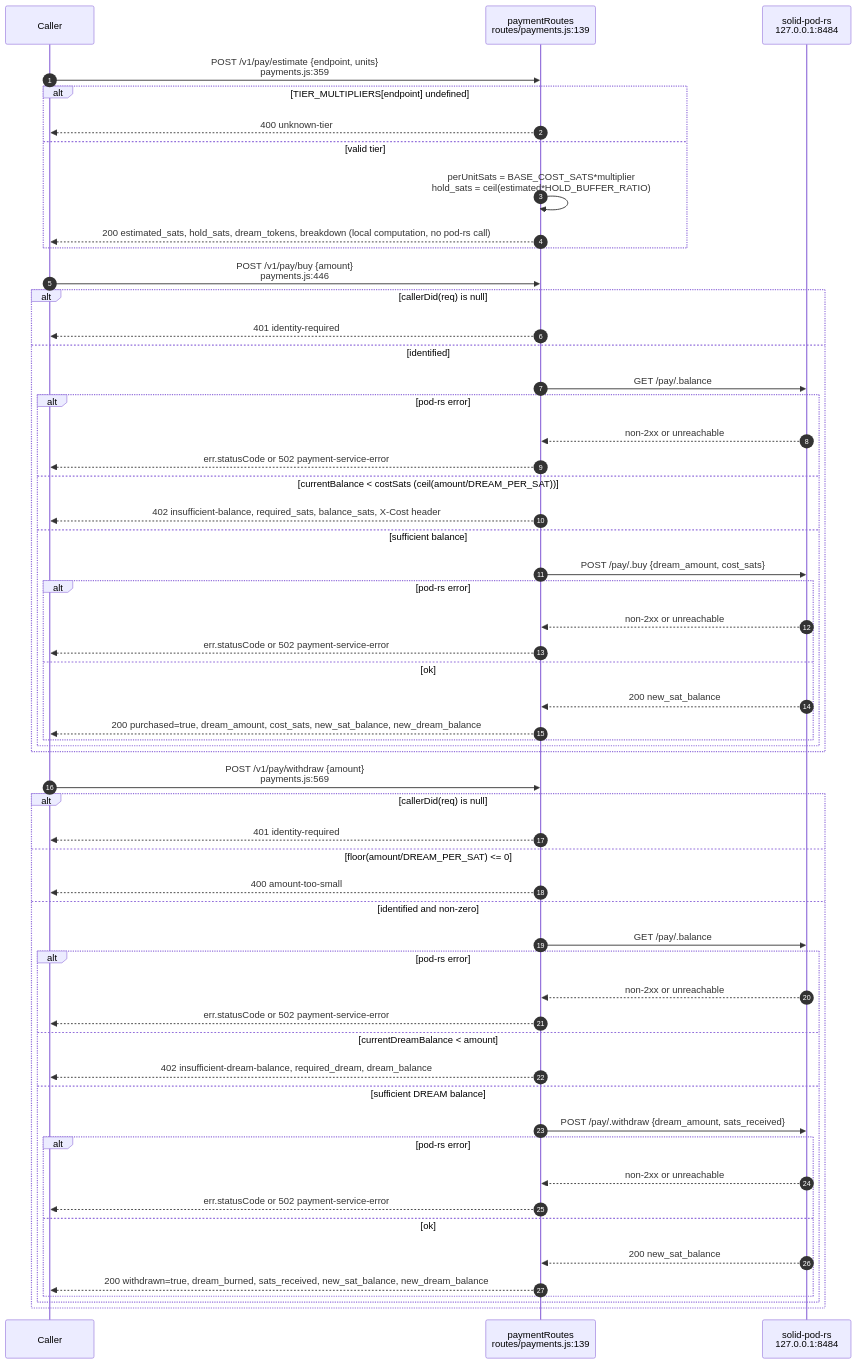
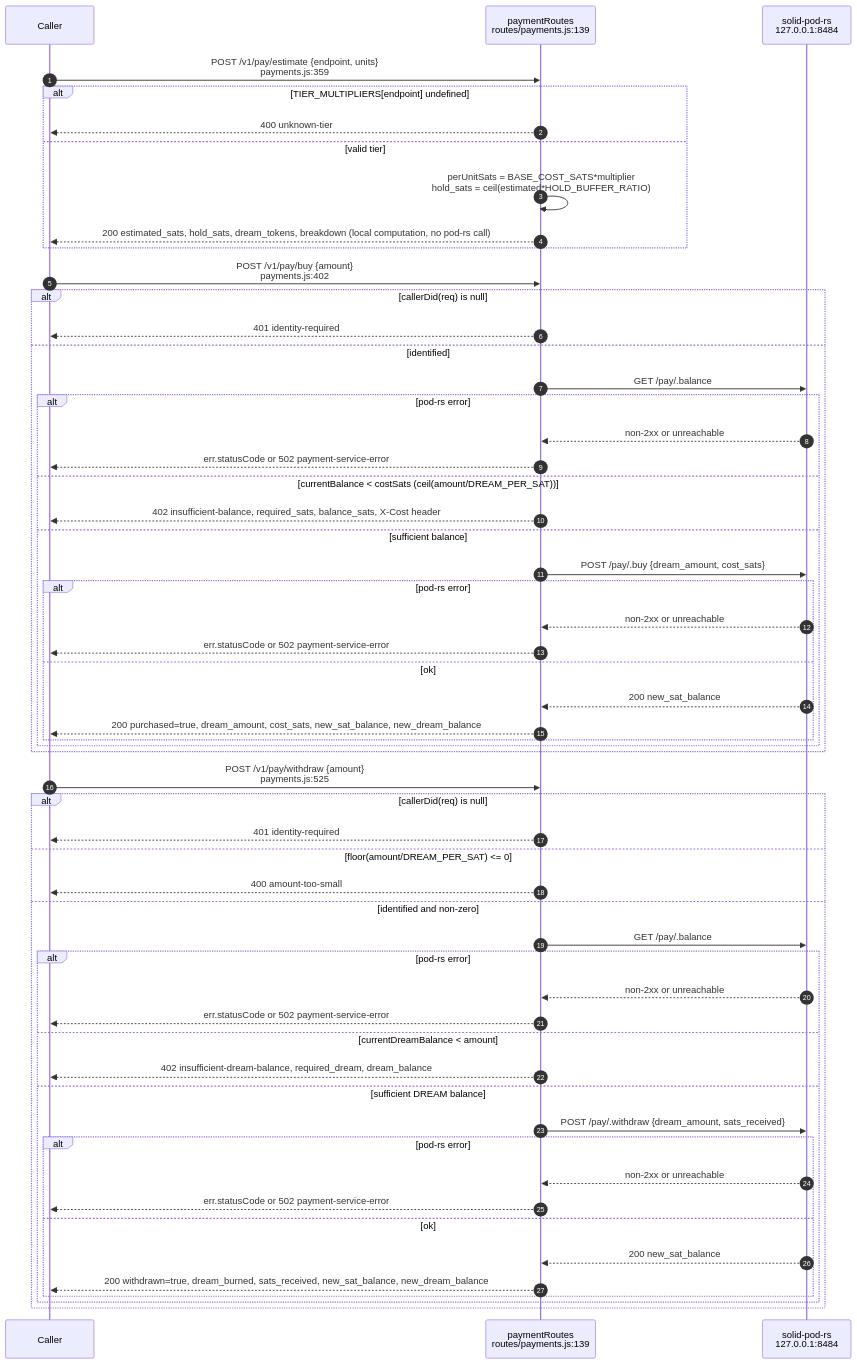
Before and after one commit to DreamLab-AI/VisionFlow: the eighth of 14 diagrams in docs/diagrams/agentbox/15-capability-gating-spend-consultants.md, drawn with Mermaid. The commit also changed other lines of this file and 111 other files, not shown here.

Commit message:
docs(diagrams): align estate maps with current source

````diff
--- a/docs/diagrams/agentbox/15-capability-gating-spend-consultants.md
+++ b/docs/diagrams/agentbox/15-capability-gating-spend-consultants.md
@@ -383,61 +383,61 @@
 ```mermaid
 sequenceDiagram
     autonumber
     participant C as Caller
     participant R as paymentRoutes<br/>routes/payments.js:139
     participant Pod as solid-pod-rs<br/>127.0.0.1:8484
 
     C->>R: POST /v1/pay/estimate {endpoint, units}<br/>payments.js:359
     alt TIER_MULTIPLIERS#91;endpoint#93; undefined
         R-->>C: 400 unknown-tier
     else valid tier
         R->>R: perUnitSats = BASE_COST_SATS*multiplier<br/>hold_sats = ceil#40;estimated*HOLD_BUFFER_RATIO#41;
         R-->>C: 200 estimated_sats, hold_sats, dream_tokens, breakdown #40;local computation, no pod-rs call#41;
     end
 
-    C->>R: POST /v1/pay/buy {amount}<br/>payments.js:446
+    C->>R: POST /v1/pay/buy {amount}<br/>payments.js:402
     alt callerDid(req) is null
         R-->>C: 401 identity-required
     else identified
         R->>Pod: GET /pay/.balance
         alt pod-rs error
             Pod-->>R: non-2xx or unreachable
             R-->>C: err.statusCode or 502 payment-service-error
         else currentBalance #60; costSats #40;ceil#40;amount/DREAM_PER_SAT#41;#41;
             R-->>C: 402 insufficient-balance, required_sats, balance_sats, X-Cost header
         else sufficient balance
             R->>Pod: POST /pay/.buy {dream_amount, cost_sats}
             alt pod-rs error
                 Pod-->>R: non-2xx or unreachable
                 R-->>C: err.statusCode or 502 payment-service-error
             else ok
                 Pod-->>R: 200 new_sat_balance
                 R-->>C: 200 purchased=true, dream_amount, cost_sats, new_sat_balance, new_dream_balance
             end
         end
     end
 
-    C->>R: POST /v1/pay/withdraw {amount}<br/>payments.js:569
+    C->>R: POST /v1/pay/withdraw {amount}<br/>payments.js:525
     alt callerDid(req) is null
         R-->>C: 401 identity-required
     else floor#40;amount/DREAM_PER_SAT#41; #60;#61; 0
         R-->>C: 400 amount-too-small
     else identified and non-zero
         R->>Pod: GET /pay/.balance
         alt pod-rs error
             Pod-->>R: non-2xx or unreachable
             R-->>C: err.statusCode or 502 payment-service-error
         else currentDreamBalance #60; amount
             R-->>C: 402 insufficient-dream-balance, required_dream, dream_balance
         else sufficient DREAM balance
             R->>Pod: POST /pay/.withdraw {dream_amount, sats_received}
             alt pod-rs error
                 Pod-->>R: non-2xx or unreachable
                 R-->>C: err.statusCode or 502 payment-service-error
             else ok
                 Pod-->>R: 200 new_sat_balance
                 R-->>C: 200 withdrawn=true, dream_burned, sats_received, new_sat_balance, new_dream_balance
             end
         end
     end
 ```
````
